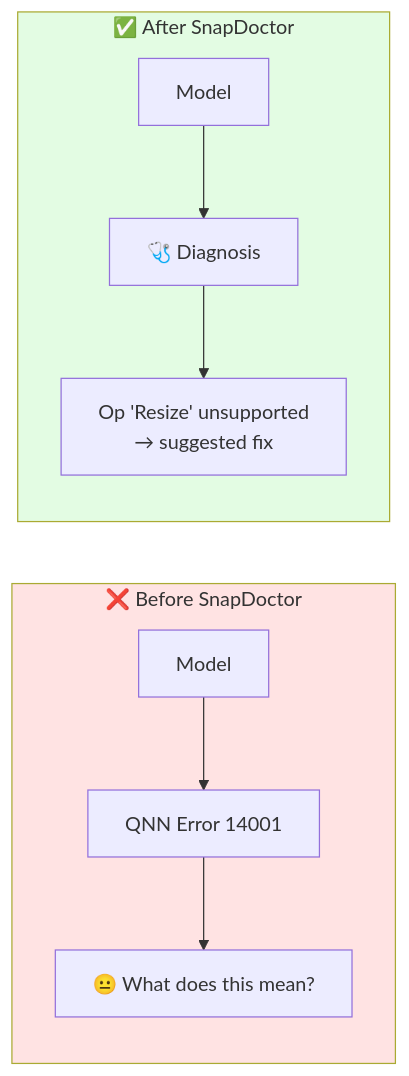
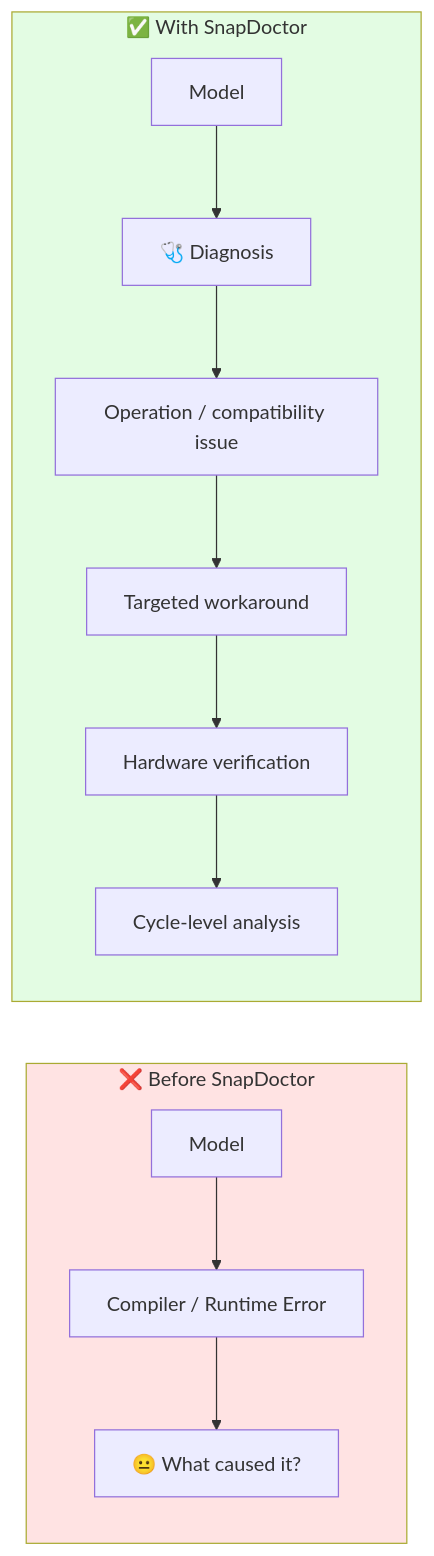
Before and after one commit to Mysteriousboy727/SnapDoctor: the fifth of 5 diagrams in README.md, drawn with Mermaid. The commit also changed other lines of this file, not shown here.

````diff
--- a/README.md
+++ b/README.md
@@ -214,11 +544,29 @@
 ```mermaid
 flowchart LR
+
     subgraph before["❌ Before SnapDoctor"]
-        B1[Model] --> B2["QNN Error 14001"] --> B3["😐 What does this mean?"]
+
+        B1[Model]
+        B2["Compiler / Runtime Error"]
+        B3["😐 What caused it?"]
+
+        B1 --> B2 --> B3
+
     end
-    subgraph after["✅ After SnapDoctor"]
-        A1[Model] --> A2[🩺 Diagnosis] --> A3["Op 'Resize' unsupported<br/>→ suggested fix"]
+
+    subgraph after["✅ With SnapDoctor"]
+
+        A1[Model]
+        A2[🩺 Diagnosis]
+        A3["Operation / compatibility issue"]
+        A4["Targeted workaround"]
+        A5["Hardware verification"]
+        A6["Cycle-level analysis"]
+
+        A1 --> A2 --> A3 --> A4 --> A5 --> A6
+
     end
+
     style before fill:#ffe3e3
     style after fill:#e3fce3
 ```
````
